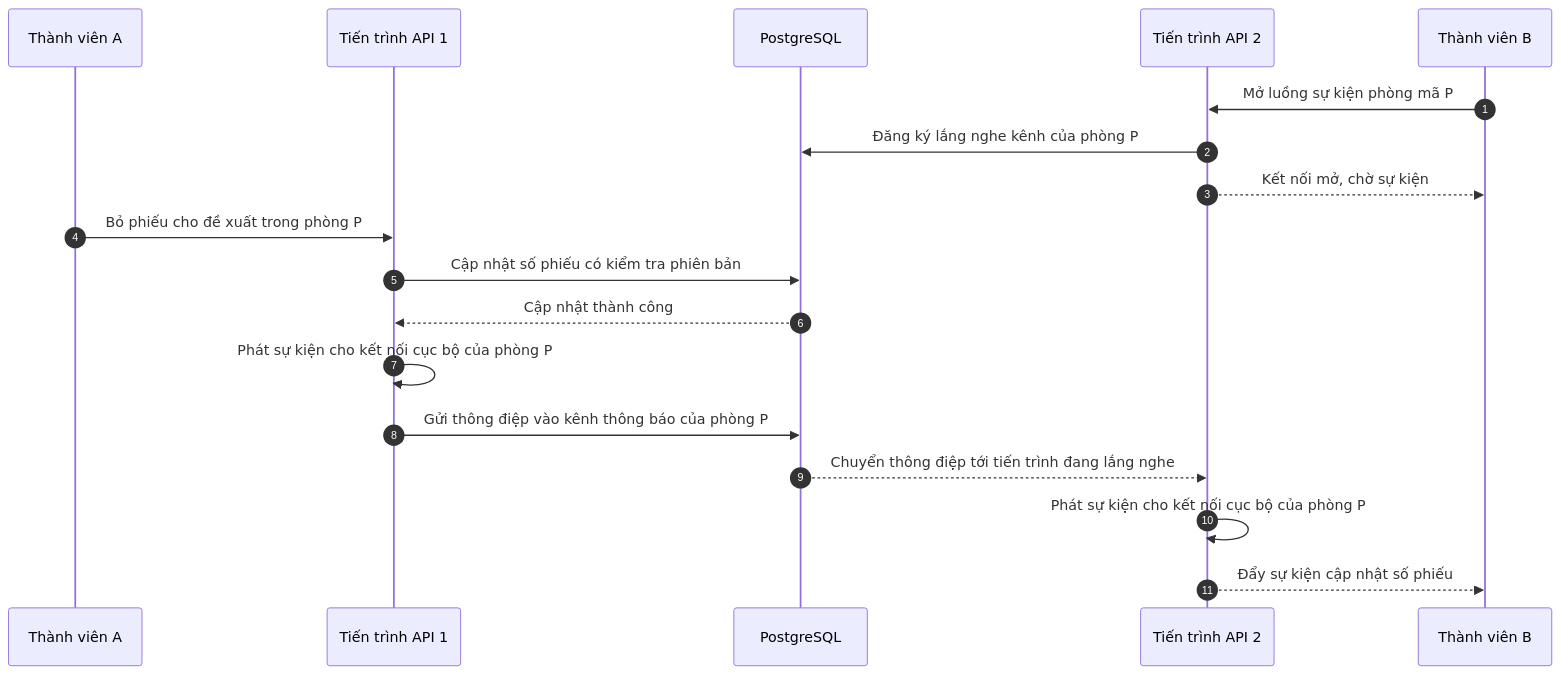
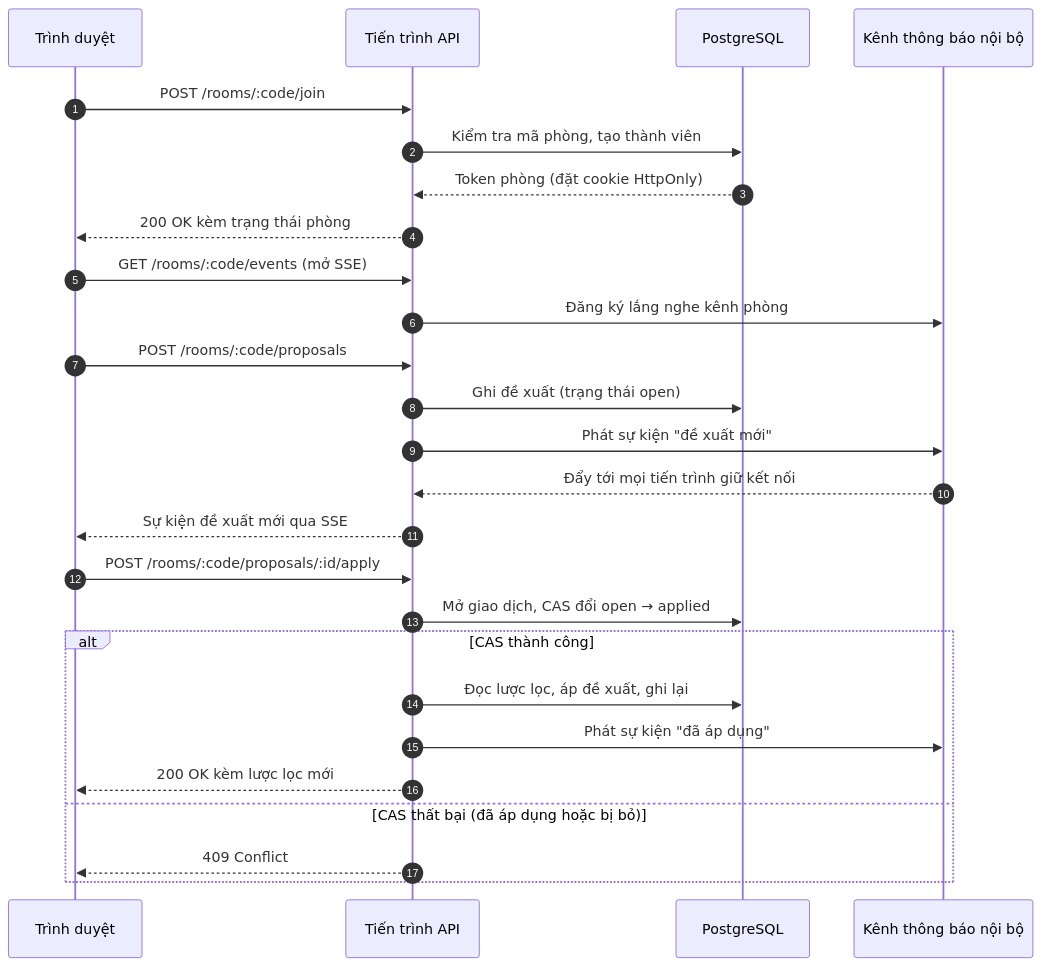
Before and after one commit to longqt321/Rendez-PBL6: the fifth of 13 diagrams in docs/bao-cao/BAO-CAO-DO-AN.md, drawn with Mermaid. The commit also changed other lines of this file and 6 other files, not shown here.

First line of the commit message:
docs(report): bổ sung 6 ảnh giao diện thực tế và hoàn thiện báo cáo

````diff
--- a/docs/bao-cao/BAO-CAO-DO-AN.md
+++ b/docs/bao-cao/BAO-CAO-DO-AN.md
@@ -885,22 +571,29 @@
 ```mermaid
 sequenceDiagram
     autonumber
-    participant A as Thành viên A
-    participant W1 as Tiến trình API 1
+    participant B as Trình duyệt
+    participant A as Tiến trình API
     participant D as PostgreSQL
-    participant W2 as Tiến trình API 2
-    participant B as Thành viên B
+    participant N as Kênh thông báo nội bộ
 
-    B->>W2: Mở luồng sự kiện phòng mã P
-    W2->>D: Đăng ký lắng nghe kênh của phòng P
-    W2-->>B: Kết nối mở, chờ sự kiện
-
-    A->>W1: Bỏ phiếu cho đề xuất trong phòng P
-    W1->>D: Cập nhật số phiếu có kiểm tra phiên bản
-    D-->>W1: Cập nhật thành công
-    W1->>W1: Phát sự kiện cho kết nối cục bộ của phòng P
-    W1->>D: Gửi thông điệp vào kênh thông báo của phòng P
-    D-->>W2: Chuyển thông điệp tới tiến trình đang lắng nghe
-    W2->>W2: Phát sự kiện cho kết nối cục bộ của phòng P
-    W2-->>B: Đẩy sự kiện cập nhật số phiếu
+    B->>A: POST /rooms/:code/join
+    A->>D: Kiểm tra mã phòng, tạo thành viên
+    D-->>A: Token phòng (đặt cookie HttpOnly)
+    A-->>B: 200 OK kèm trạng thái phòng
+    B->>A: GET /rooms/:code/events (mở SSE)
+    A->>N: Đăng ký lắng nghe kênh phòng
+    B->>A: POST /rooms/:code/proposals
+    A->>D: Ghi đề xuất (trạng thái open)
+    A->>N: Phát sự kiện "đề xuất mới"
+    N-->>A: Đẩy tới mọi tiến trình giữ kết nối
+    A-->>B: Sự kiện đề xuất mới qua SSE
+    B->>A: POST /rooms/:code/proposals/:id/apply
+    A->>D: Mở giao dịch, CAS đổi open → applied
+    alt CAS thành công
+        A->>D: Đọc lược lọc, áp đề xuất, ghi lại
+        A->>N: Phát sự kiện "đã áp dụng"
+        A-->>B: 200 OK kèm lược lọc mới
+    else CAS thất bại (đã áp dụng hoặc bị bỏ)
+        A-->>B: 409 Conflict
+    end
 ```
````
